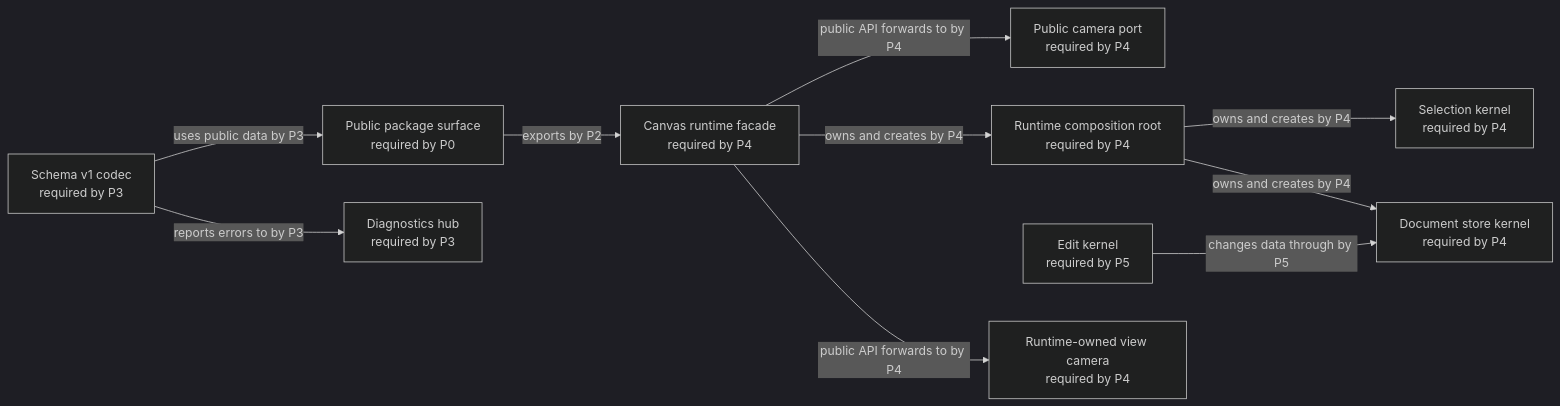
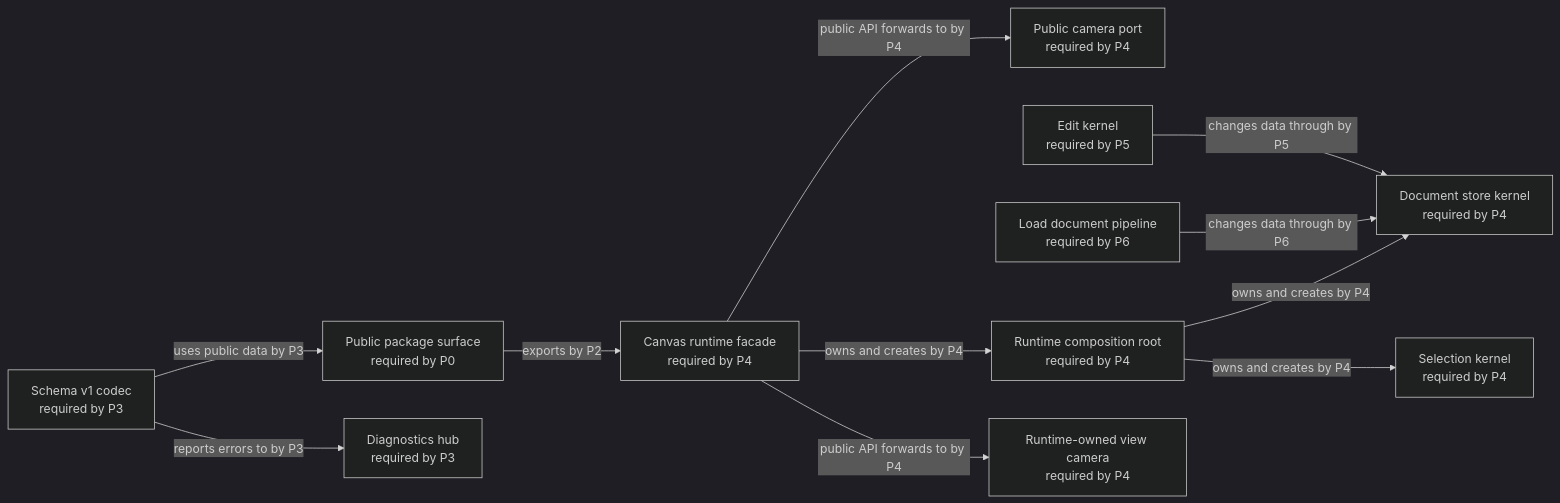
One commit to GreatPika/iwb_canvas_engine changed the diagram in docs/diagrams/generated/current_phase.mmd. Above: the diagram before and after it, drawn with Mermaid (dark theme). The commit also changed 9 other files, not shown here.

First line of the commit message:
docs: select p6 generated architecture views

```diff
--- a/docs/diagrams/generated/current_phase.mmd
+++ b/docs/diagrams/generated/current_phase.mmd
@@ -1,24 +1,26 @@
 %% GENERATED FILE. Do not edit by hand.
 %% Source: docs/architecture/architecture_graph.yaml
 %% View: Selected phase architecture graph
-%% Selected phase: P5
+%% Selected phase: P6
 flowchart LR
   api_camera_port["Public camera port<br/>required by P4"]
   api_canvas_runtime["Canvas runtime facade<br/>required by P4"]
   api_public_surface["Public package surface<br/>required by P0"]
   codec_schema_v1["Schema v1 codec<br/>required by P3"]
   diagnostics_hub["Diagnostics hub<br/>required by P3"]
   edit_kernel["Edit kernel<br/>required by P5"]
+  load_document_pipeline["Load document pipeline<br/>required by P6"]
   runtime_root["Runtime composition root<br/>required by P4"]
   runtime_view_camera["Runtime-owned view camera<br/>required by P4"]
   selection_kernel["Selection kernel<br/>required by P4"]
   store_document_kernel["Document store kernel<br/>required by P4"]
   api_canvas_runtime -->|public API forwards to by P4| runtime_view_camera
   api_canvas_runtime -->|owns and creates by P4| runtime_root
   api_canvas_runtime -->|public API forwards to by P4| api_camera_port
   api_public_surface -->|exports by P2| api_canvas_runtime
   codec_schema_v1 -->|reports errors to by P3| diagnostics_hub
   codec_schema_v1 -->|uses public data by P3| api_public_surface
   edit_kernel -->|changes data through by P5| store_document_kernel
+  load_document_pipeline -->|changes data through by P6| store_document_kernel
   runtime_root -->|owns and creates by P4| selection_kernel
   runtime_root -->|owns and creates by P4| store_document_kernel
```
